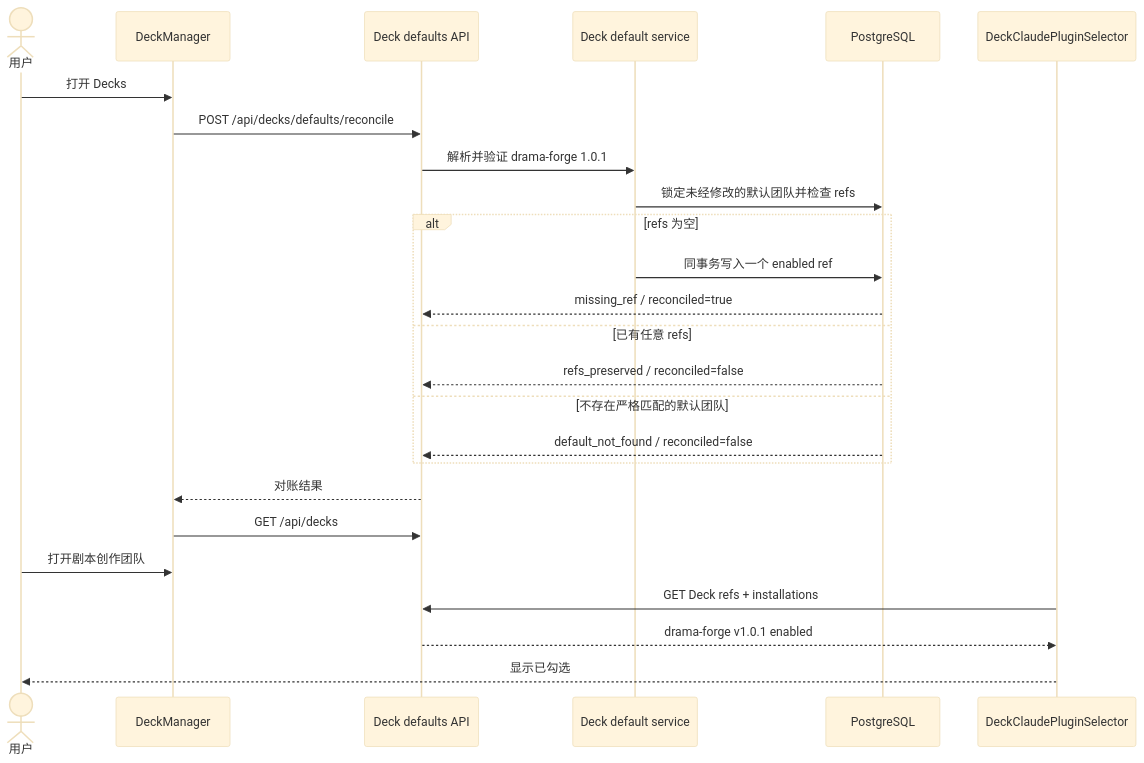
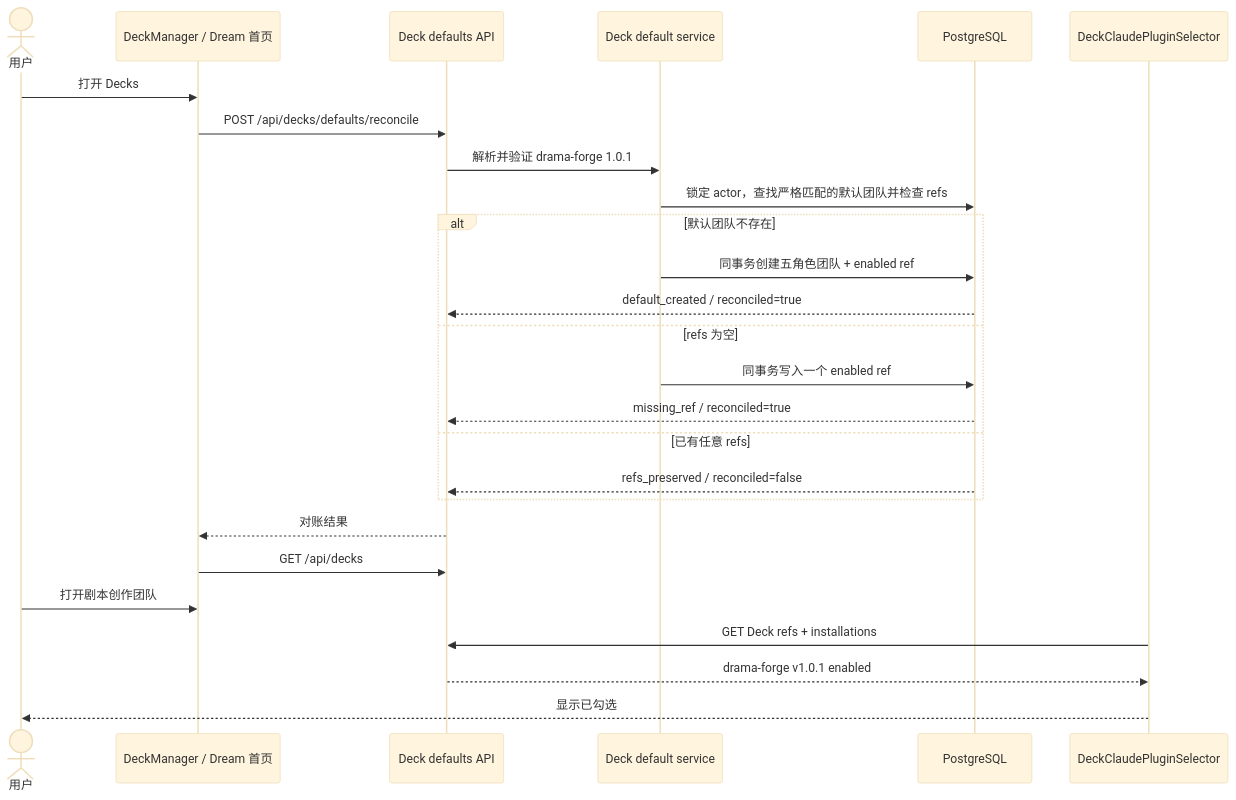
Before and after one commit to glide-the/im-dream: the fifth of 6 diagrams in docs/design/story-workspace/chat-first-deck-defaults.md, drawn with Mermaid (base theme). The commit also changed other lines of this file and 43 other files, not shown here.

````diff
--- a/docs/design/story-workspace/chat-first-deck-defaults.md
+++ b/docs/design/story-workspace/chat-first-deck-defaults.md
@@ -240,27 +241,28 @@
 ```mermaid
 sequenceDiagram
     actor U as 用户
-    participant M as DeckManager
+    participant M as DeckManager / Dream 首页
     participant API as Deck defaults API
     participant V as Deck default service
     participant DB as PostgreSQL
     participant E as DeckClaudePluginSelector
     U->>M: 打开 Decks
     M->>API: POST /api/decks/defaults/reconcile
     API->>V: 解析并验证 drama-forge 1.0.1
-    V->>DB: 锁定未经修改的默认团队并检查 refs
-    alt refs 为空
+    V->>DB: 锁定 actor，查找严格匹配的默认团队并检查 refs
+    alt 默认团队不存在
+        V->>DB: 同事务创建五角色团队 + enabled ref
+        DB-->>API: default_created / reconciled=true
+    else refs 为空
         V->>DB: 同事务写入一个 enabled ref
         DB-->>API: missing_ref / reconciled=true
     else 已有任意 refs
         DB-->>API: refs_preserved / reconciled=false
-    else 不存在严格匹配的默认团队
-        DB-->>API: default_not_found / reconciled=false
     end
     API-->>M: 对账结果
     M->>API: GET /api/decks
     U->>M: 打开剧本创作团队
     E->>API: GET Deck refs + installations
     API-->>E: drama-forge v1.0.1 enabled
     E-->>U: 显示已勾选
 ```
````
